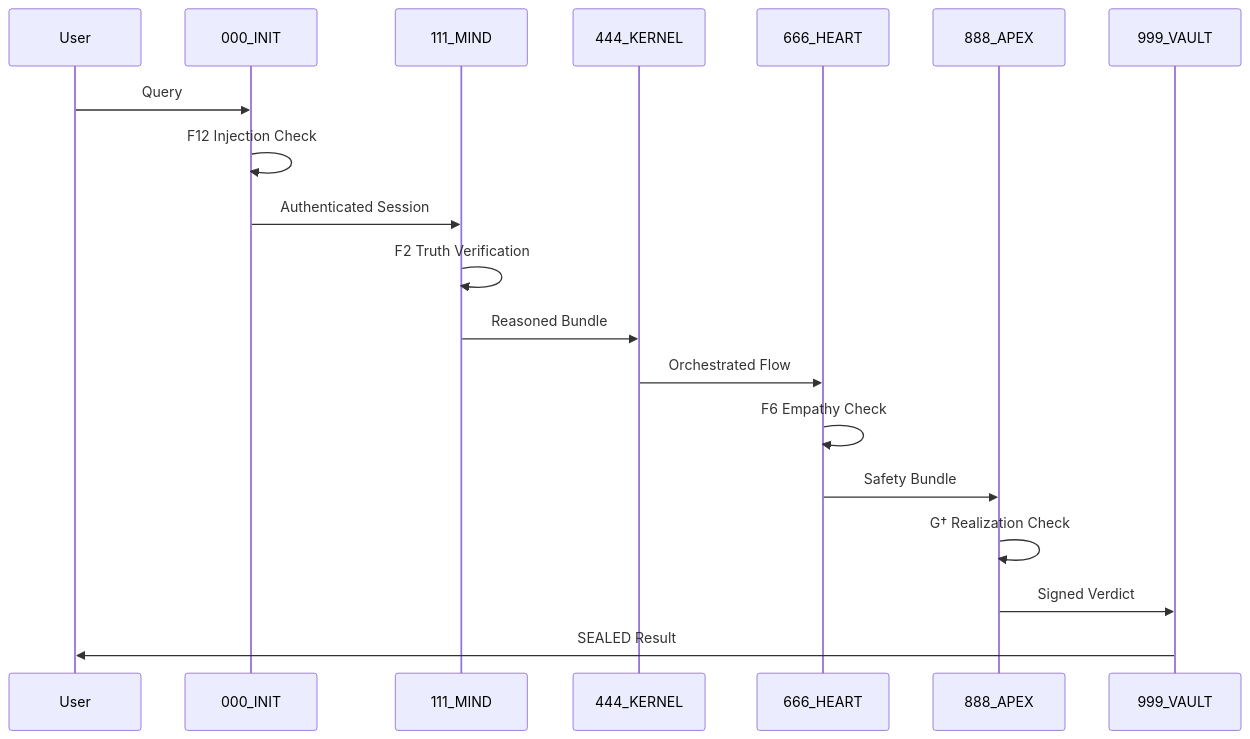
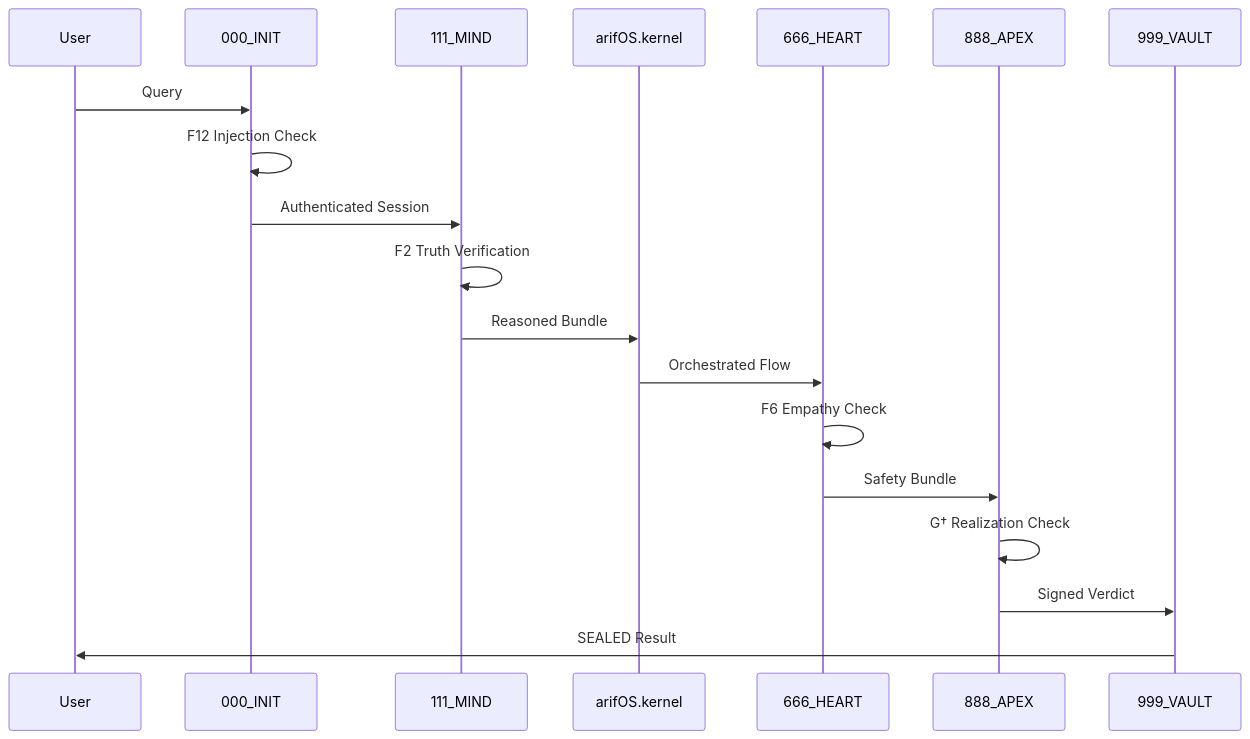
Before and after one commit to ariffazil/arifos: the second of 2 diagrams in README.md, drawn with Mermaid. The commit also changed other lines of this file and 16 other files, not shown here.

Commit message:
Align arifOS kernel surface and add runtime debug scripts

````diff
--- a/README.md
+++ b/README.md
@@ -67,22 +177,22 @@
 ```mermaid
 sequenceDiagram
     participant User
     participant 000_INIT
     participant 111_MIND
-    participant 444_KERNEL
+    participant arifOS.kernel
     participant 666_HEART
     participant 888_APEX
     participant 999_VAULT
 
     User->>000_INIT: Query
     000_INIT->>000_INIT: F12 Injection Check
     000_INIT->>111_MIND: Authenticated Session
     111_MIND->>111_MIND: F2 Truth Verification
-    111_MIND->>444_KERNEL: Reasoned Bundle
-    444_KERNEL->>666_HEART: Orchestrated Flow
+    111_MIND->>arifOS.kernel: Reasoned Bundle
+    arifOS.kernel->>666_HEART: Orchestrated Flow
     666_HEART->>666_HEART: F6 Empathy Check
     666_HEART->>888_APEX: Safety Bundle
     888_APEX->>888_APEX: G† Realization Check
     888_APEX->>999_VAULT: Signed Verdict
     999_VAULT->>User: SEALED Result
 ```
````
